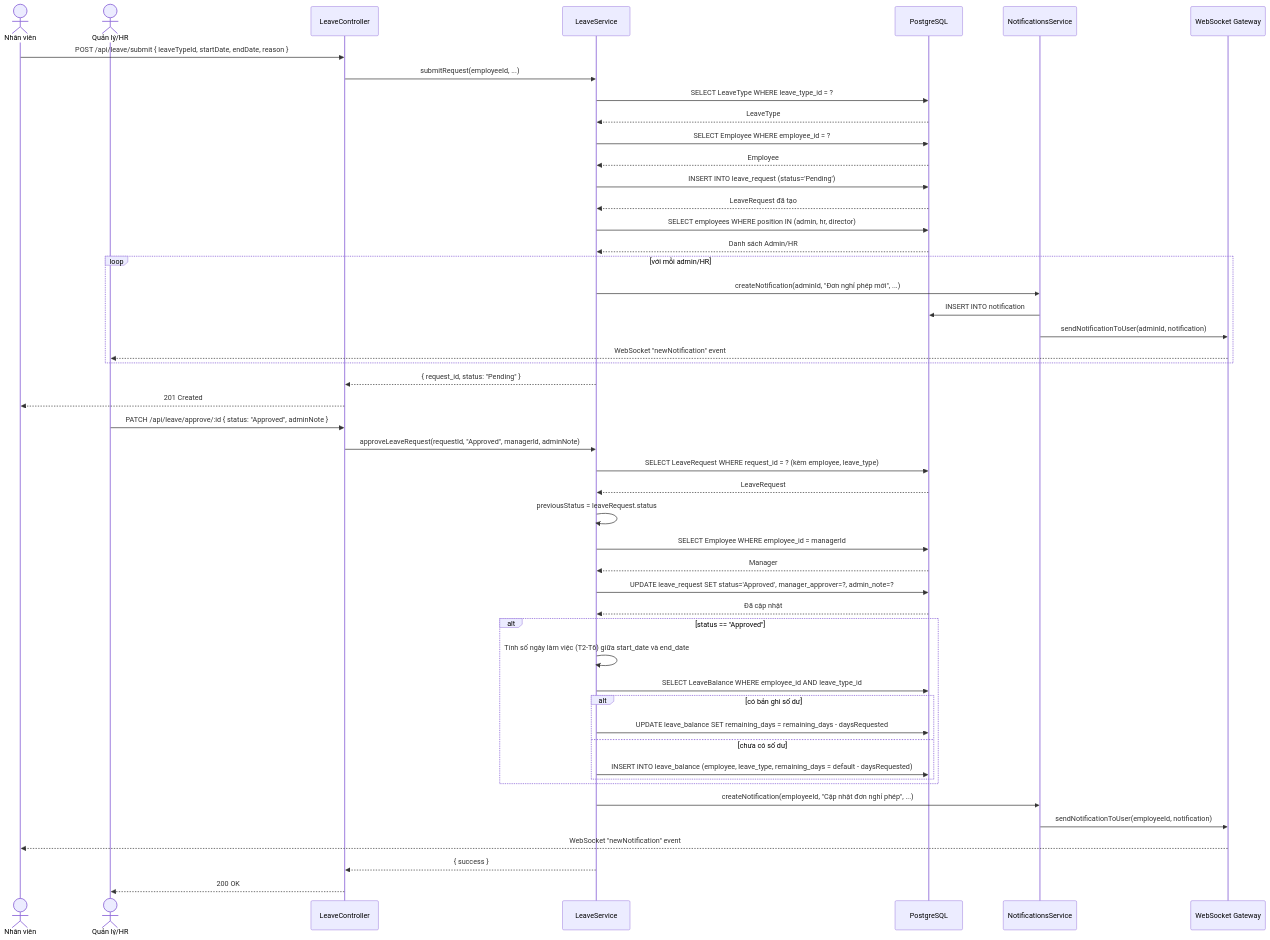
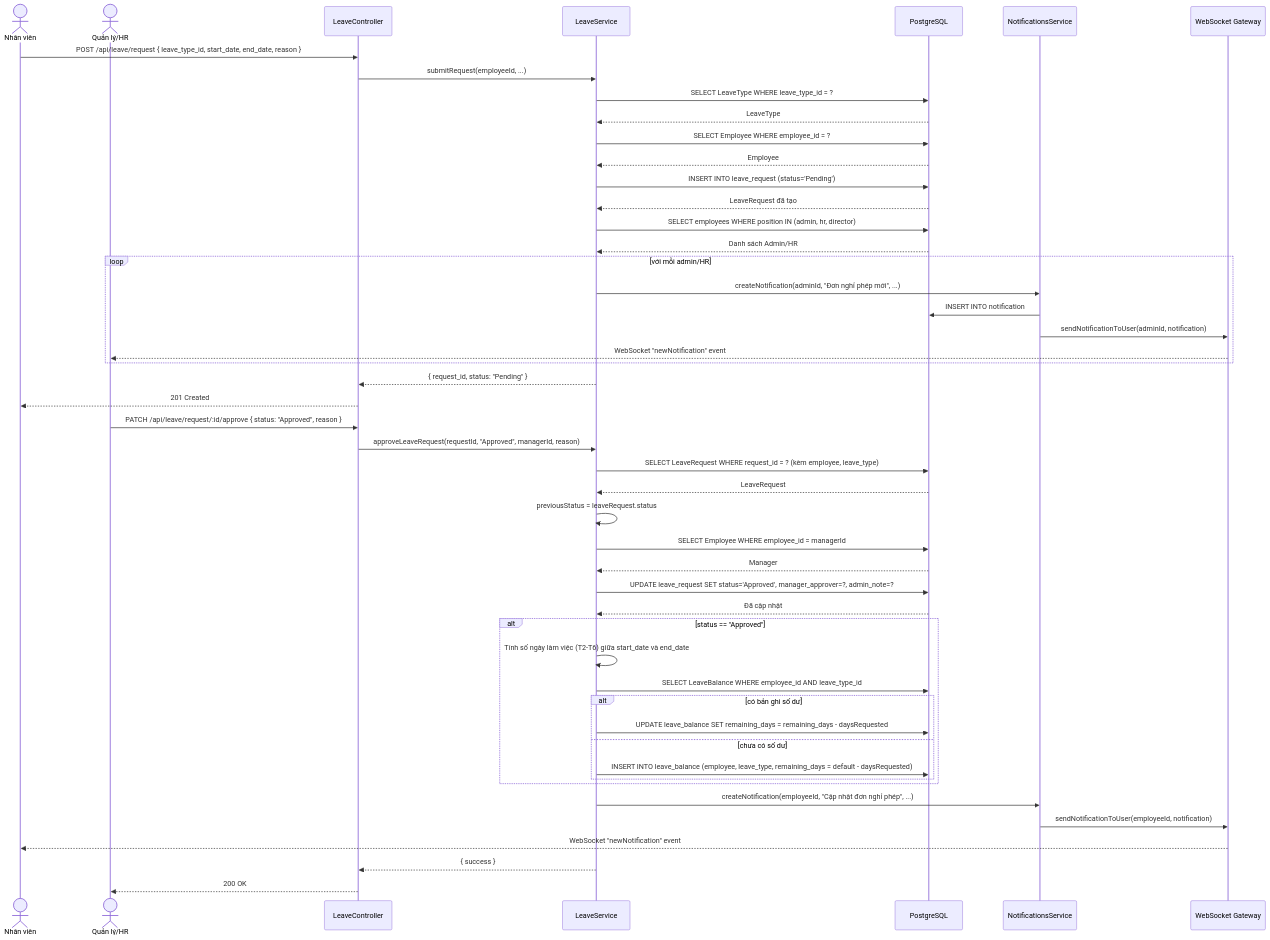
Before and after one commit to Luo-Zhii/HRM-Gene: the second of 16 diagrams in docs/sequence-diagrams.md, drawn with Mermaid. The commit also changed other lines of this file and 2 other files, not shown here.

````diff
--- a/docs/sequence-diagrams.md
+++ b/docs/sequence-diagrams.md
@@ -43,58 +43,58 @@
 ```mermaid
 sequenceDiagram
     actor E as Nhân viên
     actor M as Quản lý/HR
     participant LC as LeaveController
     participant LS as LeaveService
     participant DB as PostgreSQL
     participant NS as NotificationsService
     participant GW as WebSocket Gateway
 
     %% ── Nộp đơn ──
-    E->>LC: POST /api/leave/submit { leaveTypeId, startDate, endDate, reason }
+    E->>LC: POST /api/leave/request { leave_type_id, start_date, end_date, reason }
     LC->>LS: submitRequest(employeeId, ...)
     LS->>DB: SELECT LeaveType WHERE leave_type_id = ?
     DB-->>LS: LeaveType
     LS->>DB: SELECT Employee WHERE employee_id = ?
     DB-->>LS: Employee
     LS->>DB: INSERT INTO leave_request (status='Pending')
     DB-->>LS: LeaveRequest đã tạo
 
     LS->>DB: SELECT employees WHERE position IN (admin, hr, director)
     DB-->>LS: Danh sách Admin/HR
     loop với mỗi admin/HR
         LS->>NS: createNotification(adminId, "Đơn nghỉ phép mới", ...)
         NS->>DB: INSERT INTO notification
         NS->>GW: sendNotificationToUser(adminId, notification)
         GW-->>M: WebSocket "newNotification" event
     end
     LS-->>LC: { request_id, status: "Pending" }
     LC-->>E: 201 Created
 
     %% ── Duyệt ──
-    M->>LC: PATCH /api/leave/approve/:id { status: "Approved", adminNote }
-    LC->>LS: approveLeaveRequest(requestId, "Approved", managerId, adminNote)
+    M->>LC: PATCH /api/leave/request/:id/approve { status: "Approved", reason }
+    LC->>LS: approveLeaveRequest(requestId, "Approved", managerId, reason)
     LS->>DB: SELECT LeaveRequest WHERE request_id = ? (kèm employee, leave_type)
     DB-->>LS: LeaveRequest
     LS->>LS: previousStatus = leaveRequest.status
     LS->>DB: SELECT Employee WHERE employee_id = managerId
     DB-->>LS: Manager
     LS->>DB: UPDATE leave_request SET status='Approved', manager_approver=?, admin_note=?
     DB-->>LS: Đã cập nhật
 
     alt status == "Approved"
         LS->>LS: Tính số ngày làm việc (T2-T6) giữa start_date và end_date
         LS->>DB: SELECT LeaveBalance WHERE employee_id AND leave_type_id
         alt có bản ghi số dư
             LS->>DB: UPDATE leave_balance SET remaining_days = remaining_days - daysRequested
         else chưa có số dư
             LS->>DB: INSERT INTO leave_balance (employee, leave_type, remaining_days = default - daysRequested)
         end
     end
 
     LS->>NS: createNotification(employeeId, "Cập nhật đơn nghỉ phép", ...)
     NS->>GW: sendNotificationToUser(employeeId, notification)
     GW-->>E: WebSocket "newNotification" event
     LS-->>LC: { success }
     LC-->>M: 200 OK
 ```
````
